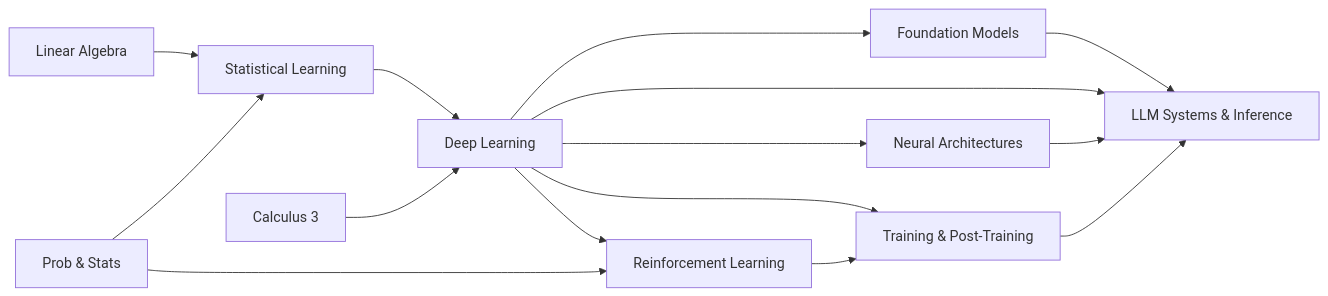
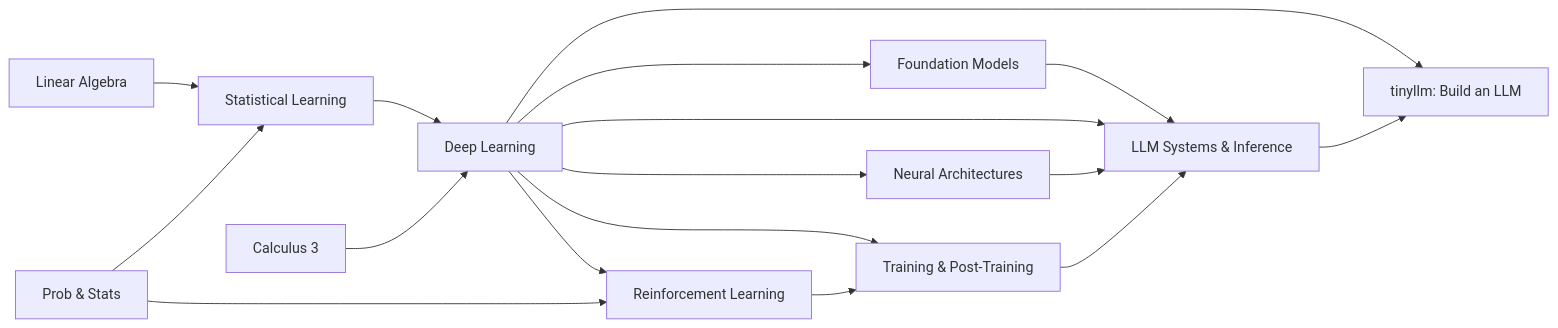
The diagram in ml/README.md (urmzd/supersource), drawn with Mermaid before and after one commit. The commit also changed other lines of this file and 465 other files, not shown here.

````diff
--- a/ml/README.md
+++ b/ml/README.md
@@ -9,17 +9,19 @@
 ```mermaid
 graph LR
     LA[Linear Algebra] --> SL[Statistical Learning]
     PS[Prob & Stats] --> SL
     SL --> DL[Deep Learning]
     C3[Calculus 3] --> DL
     DL --> RL[Reinforcement Learning]
     PS --> RL
     DL --> FM[Foundation Models]
     FM --> LLM[LLM Systems & Inference]
     DL --> LLM
     DL --> NA[Neural Architectures]
     NA --> LLM
     DL --> TPT[Training & Post-Training]
     RL --> TPT
     TPT --> LLM
+    DL --> TL[tinyllm: Build an LLM]
+    LLM --> TL
 ```
````
